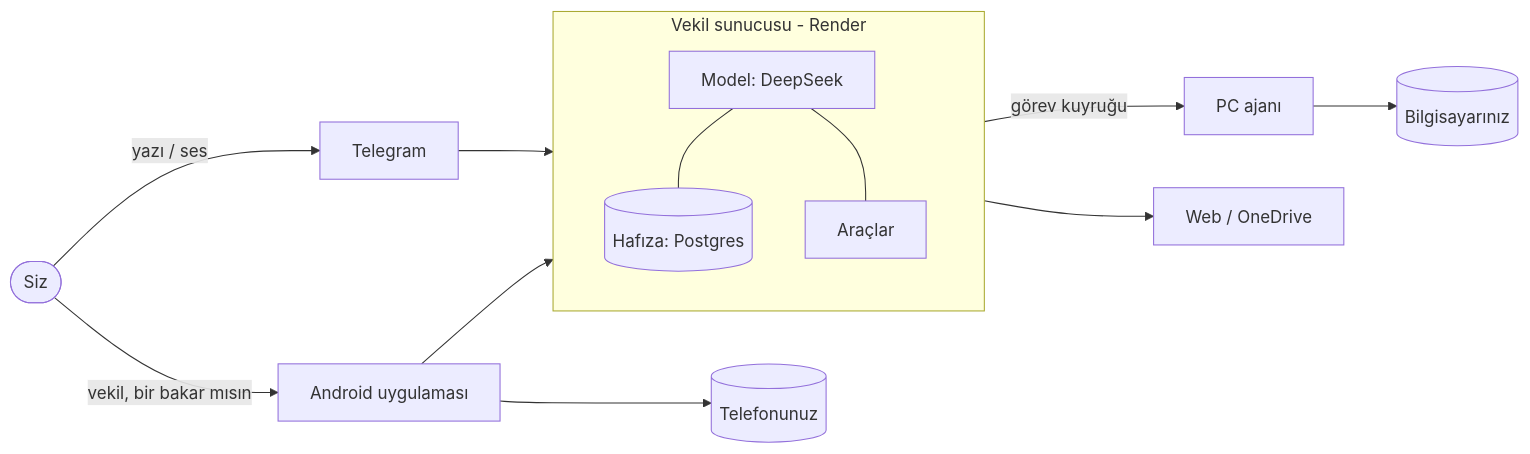
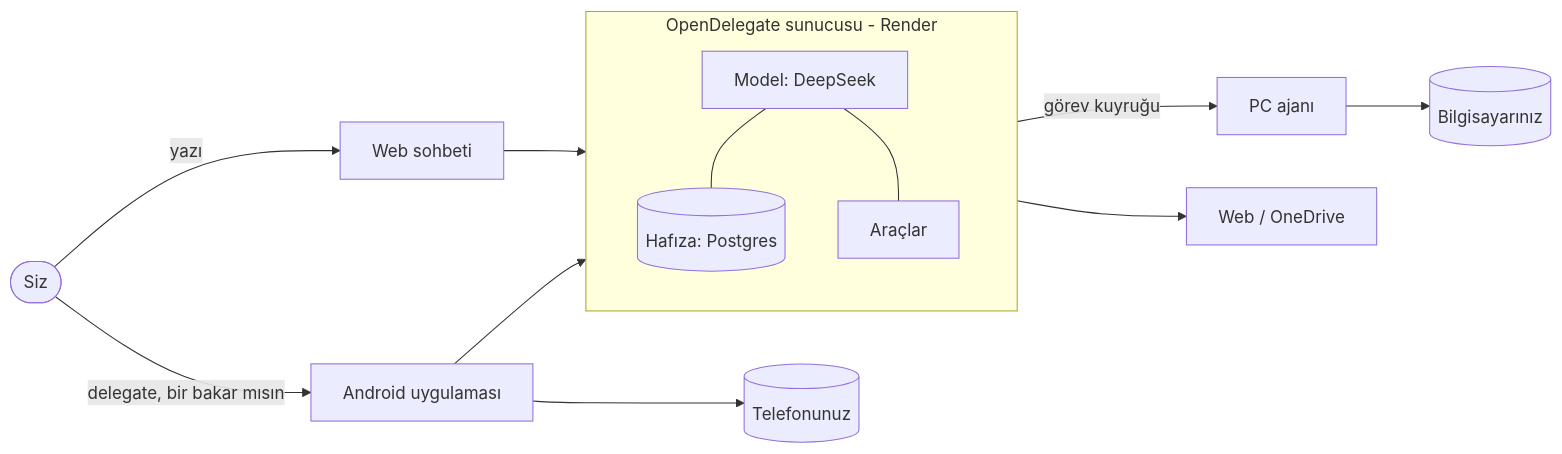
The diagram in README.md (osmnabyram/OpenDelegate), drawn with Mermaid before and after one commit. The commit also changed other lines of this file and 79 other files, not shown here.

Commit message:
OpenDelegate: yeni ad, paket adi com.opendelegate.app, uyandirma cumlesi delegate, belgeler ve web sohbeti

````diff
--- a/README.md
+++ b/README.md
@@ -60,16 +62,16 @@
 ```mermaid
 flowchart LR
-    U([Siz]) -- yazı / ses --> T[Telegram]
-    U -- "vekil, bir bakar mısın" --> A[Android uygulaması]
+    U([Siz]) -- yazı --> T[Web sohbeti]
+    U -- "delegate, bir bakar mısın" --> A[Android uygulaması]
     T --> B
     A --> B
-    subgraph B[Vekil sunucusu - Render]
+    subgraph B[OpenDelegate sunucusu - Render]
       direction TB
       M[Model: DeepSeek] --- H[(Hafıza: Postgres)]
       M --- K[Araçlar]
     end
     K -- görev kuyruğu --> P[PC ajanı]
     K --> W[Web / OneDrive]
     P --> PC[(Bilgisayarınız)]
     A --> PH[(Telefonunuz)]
 ```
````
